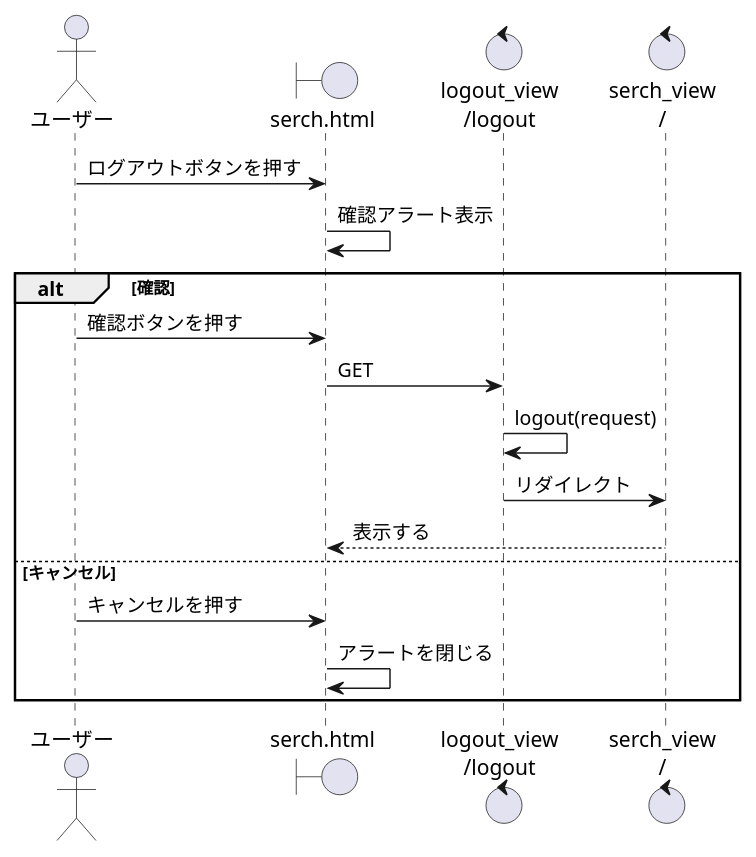
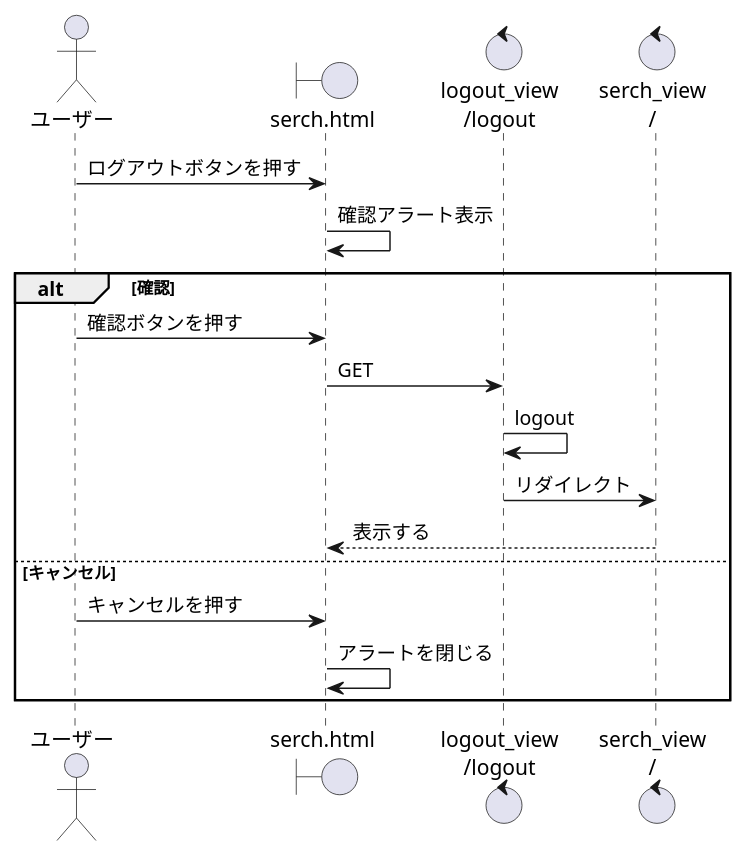
Before and after one commit to RK0309-art/gith_full_course: diagram 11 of 14 in シーケンス図_書籍検索システム_django.puml, drawn with PlantUML. The commit also changed other lines of this file, not shown here.

Commit message:
シーケンス図従業員削除

```diff
--- a/シーケンス図_書籍検索システム_django.puml
+++ b/シーケンス図_書籍検索システム_django.puml
@@ -151,23 +151,23 @@
 @startuml ログアウトする
 
 actor ユーザー as U
 boundary "serch.html" as SH
 control "logout_view\n/logout" as LV
 control "serch_view\n/" as SV
 
 U -> SH : ログアウトボタンを押す
 SH -> SH : 確認アラート表示
 alt 確認
   U -> SH : 確認ボタンを押す
   SH -> LV : GET
-  LV -> LV : logout(request)
+  LV -> LV : logout
   LV -> SV : リダイレクト
   SH <-- SV : 表示する
 else キャンセル
   U -> SH : キャンセルを押す
   SH -> SH : アラートを閉じる
 end
 
 
 
 @enduml
```
